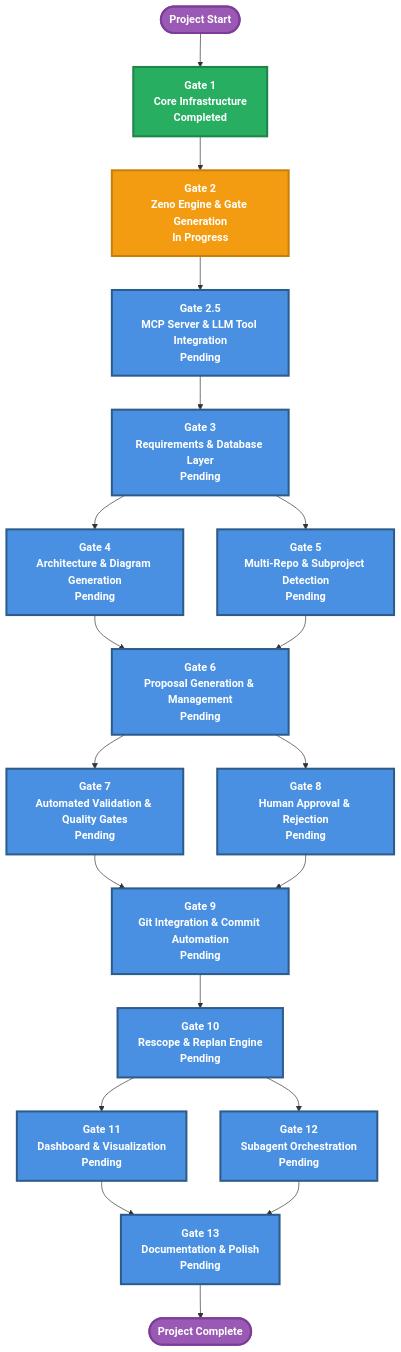
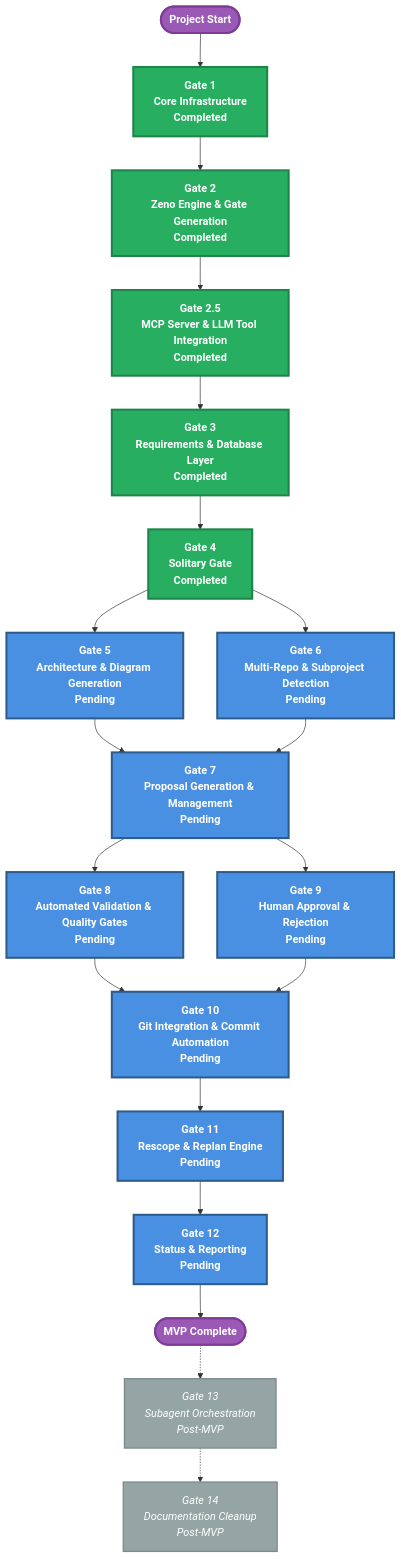
One commit to Duccci/Zenos-Planner changed the diagram in zeno/architecture/gate-roadmap.md. Above: the diagram before and after it, drawn with Mermaid. The commit also changed other lines of this file and 15 other files, not shown here.

````diff
--- a/zeno/architecture/gate-roadmap.md
+++ b/zeno/architecture/gate-roadmap.md
@@ -13,43 +13,45 @@
 ```mermaid
 graph TB
     Start([Project Start]) --> G1[Gate 1<br/>Core Infrastructure<br/>Completed]
     
-    G1 --> G2[Gate 2<br/>Zeno Engine & Gate Generation<br/>In Progress]
+    G1 --> G2[Gate 2<br/>Zeno Engine & Gate Generation<br/>Completed]
     
-    G2 --> G2_5[Gate 2.5<br/>MCP Server & LLM Tool Integration<br/>Pending]
+    G2 --> G2_5[Gate 2.5<br/>MCP Server & LLM Tool Integration<br/>Completed]
     
-    G2_5 --> G3[Gate 3<br/>Requirements & Database Layer<br/>Pending]
+    G2_5 --> G3[Gate 3<br/>Requirements & Database Layer<br/>Completed]
     
-    G3 --> G4[Gate 4<br/>Architecture & Diagram Generation<br/>Pending]
-    G3 --> G5[Gate 5<br/>Multi-Repo & Subproject Detection<br/>Pending]
+    G3 --> G4[Gate 4<br/>Solitary Gate<br/>Completed]
     
-    G4 --> G6[Gate 6<br/>Proposal Generation & Management<br/>Pending]
-    G5 --> G6
+    G4 --> G5[Gate 5<br/>Architecture & Diagram Generation<br/>Pending]
+    G4 --> G6[Gate 6<br/>Multi-Repo & Subproject Detection<br/>Pending]
     
-    G6 --> G7[Gate 7<br/>Automated Validation & Quality Gates<br/>Pending]
-    G6 --> G8[Gate 8<br/>Human Approval & Rejection<br/>Pending]
+    G5 --> G7[Gate 7<br/>Proposal Generation & Management<br/>Pending]
+    G6 --> G7
     
-    G7 --> G9[Gate 9<br/>Git Integration & Commit Automation<br/>Pending]
-    G8 --> G9
+    G7 --> G8[Gate 8<br/>Automated Validation & Quality Gates<br/>Pending]
+    G7 --> G9[Gate 9<br/>Human Approval & Rejection<br/>Pending]
     
-    G9 --> G10[Gate 10<br/>Rescope & Replan Engine<br/>Pending]
+    G8 --> G10[Gate 10<br/>Git Integration & Commit Automation<br/>Pending]
+    G9 --> G10
     
-    G10 --> G11[Gate 11<br/>Dashboard & Visualization<br/>Pending]
-    G10 --> G12[Gate 12<br/>Subagent Orchestration<br/>Pending]
+    G10 --> G11[Gate 11<br/>Rescope & Replan Engine<br/>Pending]
     
-    G11 --> G13[Gate 13<br/>Documentation & Polish<br/>Pending]
-    G12 --> G13
+    G11 --> G12[Gate 12<br/>Status & Reporting<br/>Pending]
     
-    G13 --> End([Project Complete])
+    G12 --> End([MVP Complete])
+    
+    End -.-> G13[Gate 13<br/>Subagent Orchestration<br/>Post-MVP]
+    G13 -.-> G14[Gate 14<br/>Documentation Cleanup<br/>Post-MVP]
     
     %% Styling
     classDef completed fill:#27AE60,stroke:#1E8449,stroke-width:3px,color:#fff,font-weight:bold
     classDef inProgress fill:#F39C12,stroke:#C87F0A,stroke-width:3px,color:#fff,font-weight:bold
     classDef pending fill:#4A90E2,stroke:#2E5C8A,stroke-width:3px,color:#fff,font-weight:bold
+    classDef deferred fill:#95A5A6,stroke:#7F8C8D,stroke-width:2px,color:#fff,font-style:italic
     classDef startEndStyle fill:#9B59B6,stroke:#7D3C98,stroke-width:3px,color:#fff,font-weight:bold
     
-    class G1 completed
-    class G2 inProgress
-    class G2_5,G3,G4,G5,G6,G7,G8,G9,G10,G11,G12,G13 pending
+    class G1,G2,G2_5,G3,G4 completed
+    class G5,G6,G7,G8,G9,G10,G11,G12 pending
+    class G13,G14 deferred
     class Start,End startEndStyle
 ```
````
